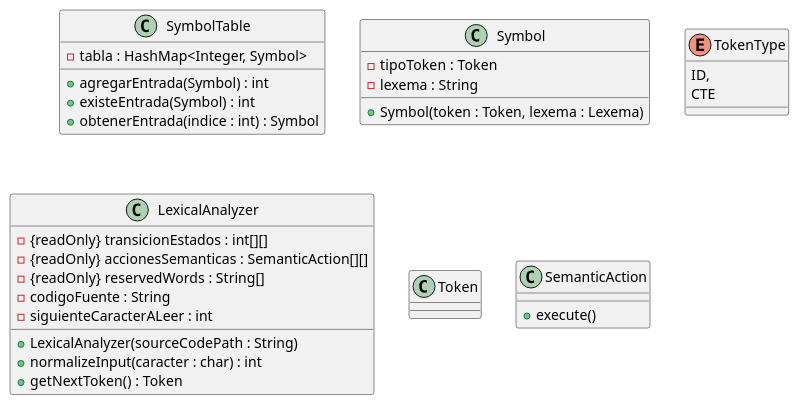
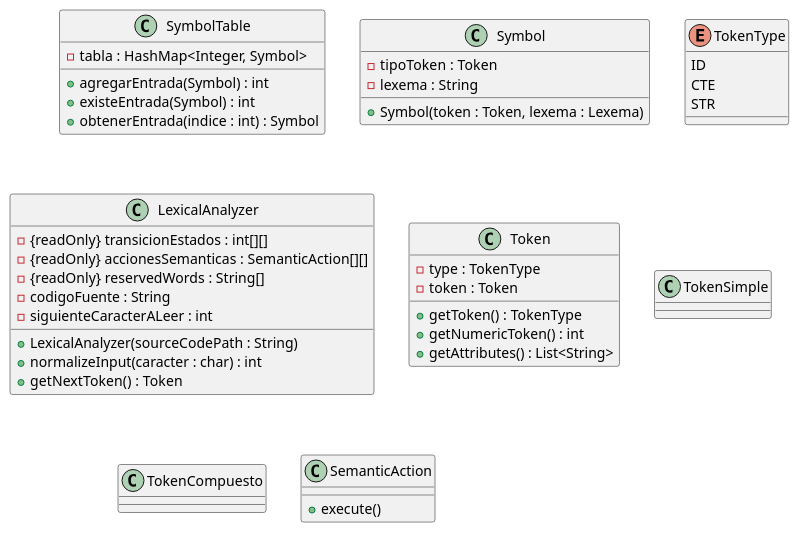
Before and after one commit to iroumec/RouVel-Compiler: the diagram in compiler/classDiagram.puml, drawn with PlantUML. The commit also changed 4 other files, not shown here.

```diff
--- a/compiler/classDiagram.puml
+++ b/compiler/classDiagram.puml
@@ -1,46 +1,62 @@
 @startuml classDiagram
 
 class SymbolTable {
 
     - tabla : HashMap<Integer, Symbol>
     + agregarEntrada(Symbol) : int
     + existeEntrada(Symbol) : int
     + obtenerEntrada(indice : int) : Symbol 
 }
 
 class Symbol {
 
     - tipoToken : Token
     - lexema : String
 
     + Symbol(token : Token, lexema : Lexema)
 }
 
 enum TokenType {
-    ID,
+    ID
     CTE
+    STR
 }
 
 class LexicalAnalyzer {
 
     - {readOnly} transicionEstados : int[][]
     - {readOnly} accionesSemanticas : SemanticAction[][]
     - {readOnly} reservedWords : String[]
     - codigoFuente : String
     - siguienteCaracterALeer : int
 
     + LexicalAnalyzer(sourceCodePath : String)
     + normalizeInput(caracter : char) : int
     + getNextToken() : Token
 }
 
 class Token {
 
+    - type : TokenType
+    - token : Token
+
+    + getToken() : TokenType
+    + getNumericToken() : int
+    + getAttributes() : List<String>
+}
+
+class TokenSimple {
+
+
+}
+
+class TokenCompuesto {
+
 }
 
 class SemanticAction {
 
     + execute()
 }
 
 @enduml
```
